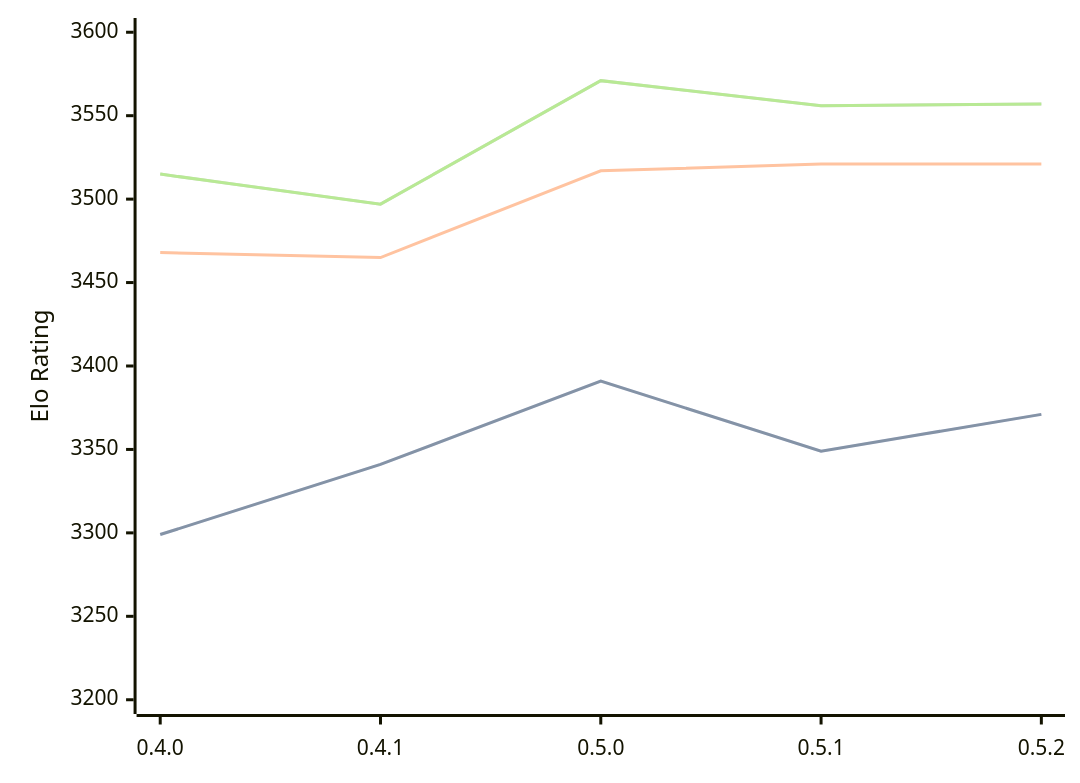
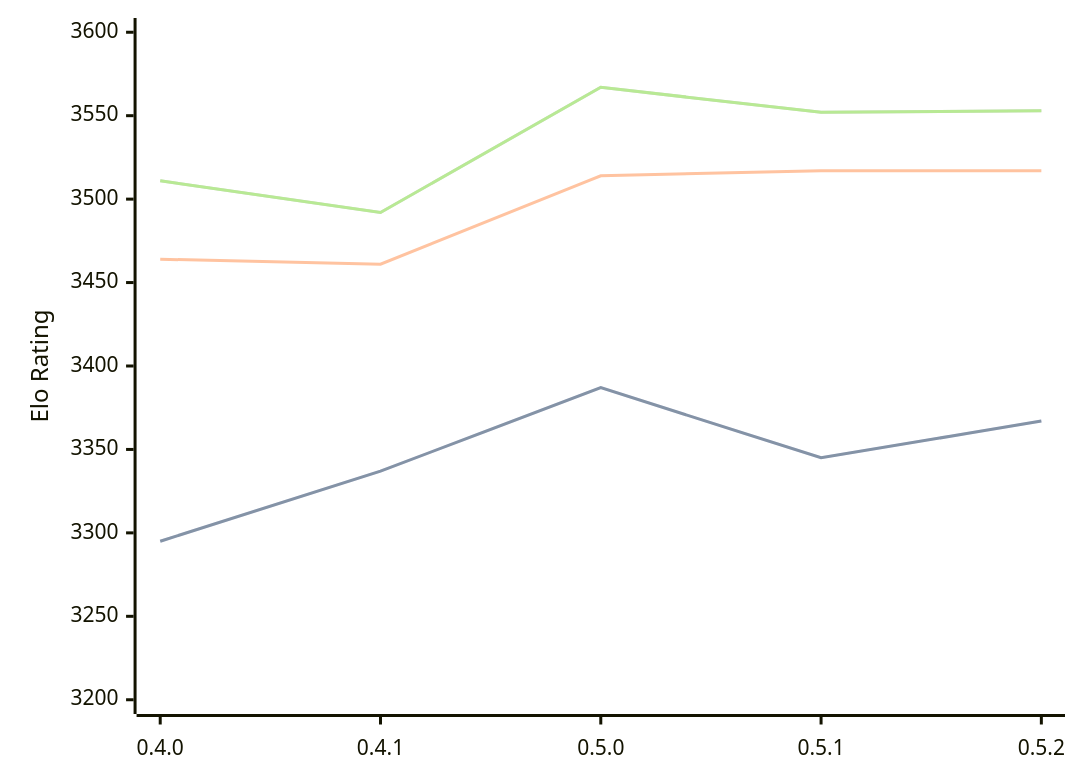
One commit to computer-chess-index/cci changed the third of 3 diagrams in engines/Cinder.md. Above: the diagram before and after it, drawn with Mermaid. The commit also changed other lines of this file, not shown here.

Commit message:
Update CCI Ratings (ELO VLTC) - 2026-07-16

````diff
--- a/engines/Cinder.md
+++ b/engines/Cinder.md
@@ -76,11 +76,11 @@
 ```mermaid
 %%{init: {"theme":"base","themeVariables":{"seriesColors:['#a3a3a3','#222221','#faa371']}}}%%
 xychart-beta
   x-axis ["0.4.0", "0.4.1", "0.5.0", "0.5.1", "0.5.2"]
   y-axis "Elo Rating" 3200 --> 3600
-  line "STC (8.0+0.08s)" [3299, 3341, 3391, 3349, 3371]
-  line "STC (8.0+0.08s)" [3299, 3341, 3391, 3349, 3371]
-  line "LTC (60.0+0.60s)" [3468, 3465, 3517, 3521, 3521]
-  line "VLTC (2m24s+1.12s)" [3515, 3497, 3571, 3556, 3557]
-  line "VLTC (2m24s+1.12s)" [3515, 3497, 3571, 3556, 3557]
+  line "STC (8.0+0.08s)" [3295, 3337, 3387, 3345, 3367]
+  line "STC (8.0+0.08s)" [3295, 3337, 3387, 3345, 3367]
+  line "LTC (60.0+0.60s)" [3464, 3461, 3514, 3517, 3517]
+  line "VLTC (2m24s+1.12s)" [3511, 3492, 3567, 3552, 3553]
+  line "VLTC (2m24s+1.12s)" [3511, 3492, 3567, 3552, 3553]
 ```
````
